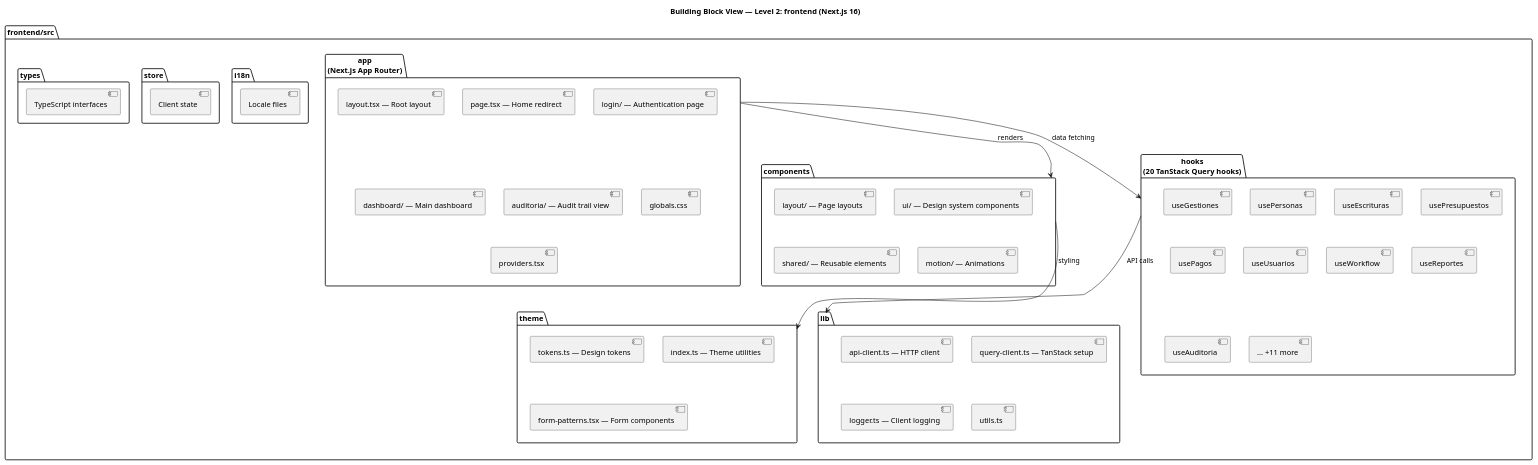
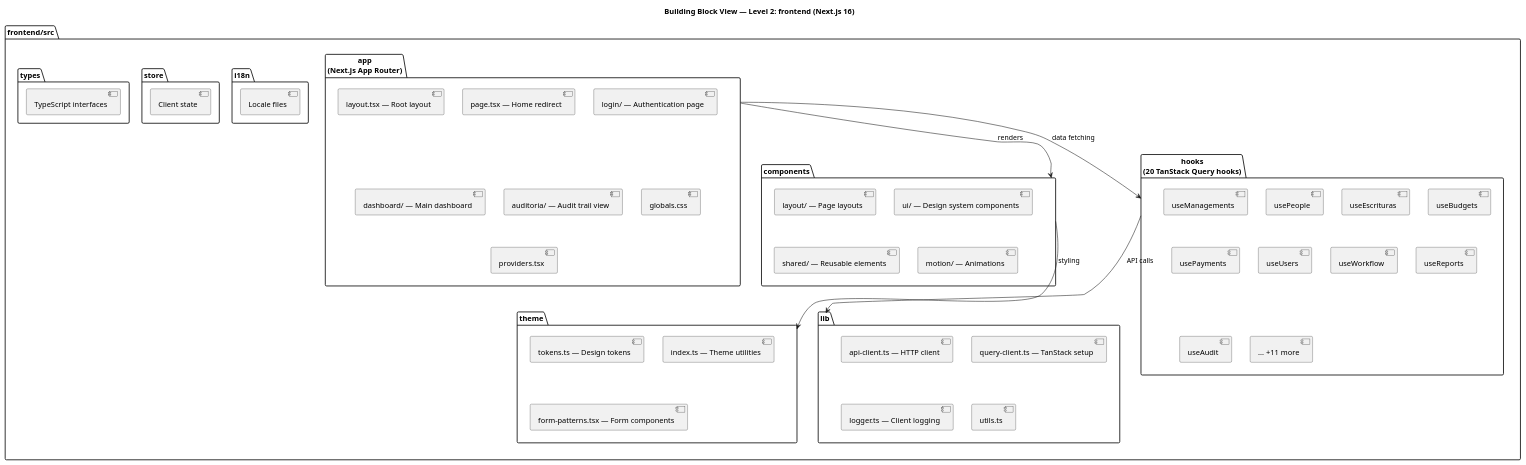
One commit to matiaspakua/notaire changed the sixth of 13 diagrams in docs/200-architecture/201-SAD/sad.md. Above: the diagram before and after it, drawn with PlantUML. The commit also changed other lines of this file and 1203 other files, not shown here.

````diff
--- a/docs/200-architecture/201-SAD/sad.md
+++ b/docs/200-architecture/201-SAD/sad.md
@@ -402,68 +402,68 @@
 ```plantuml
 @startuml
 title Building Block View — Level 2: frontend (Next.js 16)
 
 package "frontend/src" {
 
   package "app\n(Next.js App Router)" as app {
     [layout.tsx — Root layout]
     [page.tsx — Home redirect]
     [login/ — Authentication page]
     [dashboard/ — Main dashboard]
     [auditoria/ — Audit trail view]
     [globals.css]
     [providers.tsx]
   }
 
   package "components" as comp {
     [layout/ — Page layouts]
     [ui/ — Design system components]
     [shared/ — Reusable elements]
     [motion/ — Animations]
   }
 
   package "hooks\n(20 TanStack Query hooks)" as hooks {
-    [useGestiones]
-    [usePersonas]
+    [useManagements]
+    [usePeople]
     [useEscrituras]
-    [usePresupuestos]
-    [usePagos]
-    [useUsuarios]
+    [useBudgets]
+    [usePayments]
+    [useUsers]
     [useWorkflow]
-    [useReportes]
-    [useAuditoria]
+    [useReports]
+    [useAudit]
     [... +11 more]
   }
 
   package "theme" as theme {
     [tokens.ts — Design tokens]
     [index.ts — Theme utilities]
     [form-patterns.tsx — Form components]
   }
 
   package "lib" as lib {
     [api-client.ts — HTTP client]
     [query-client.ts — TanStack setup]
     [logger.ts — Client logging]
     [utils.ts]
   }
 
   package "i18n" as i18n {
     [Locale files]
   }
 
   package "store" as store {
     [Client state]
   }
 
   package "types" as types {
     [TypeScript interfaces]
   }
 }
 
 app --> comp : renders
 app --> hooks : data fetching
 hooks --> lib : API calls
 comp --> theme : styling
 @enduml
 ```
````
